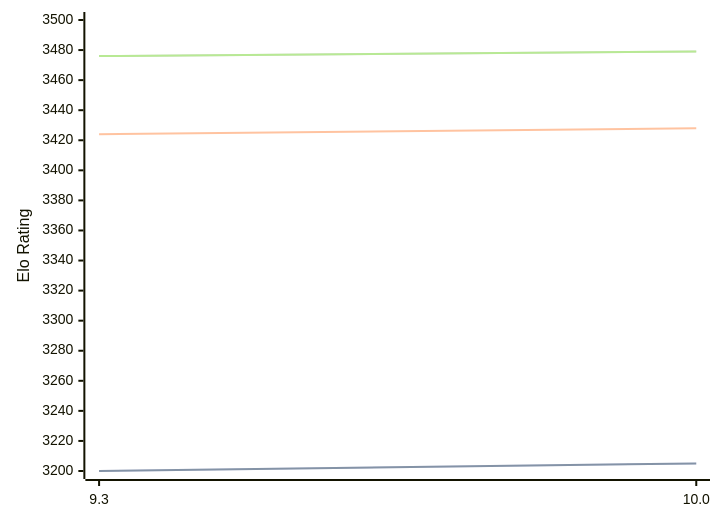
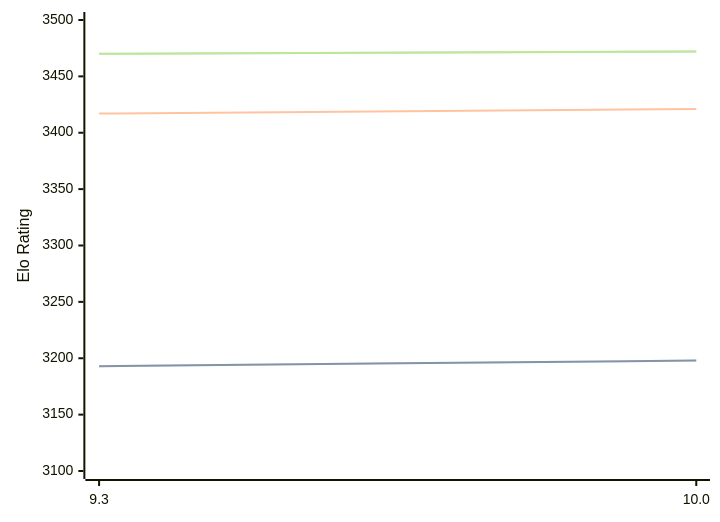
Before and after one commit to computer-chess-index/cci: the diagram in engines/Fire.md, drawn with Mermaid. The commit also changed other lines of this file, not shown here.

Commit message:
Update CCI Ratings (ELO VLTC) - 2026-05-18

````diff
--- a/engines/Fire.md
+++ b/engines/Fire.md
@@ -47,11 +47,11 @@
 ```mermaid
 %%{init: {"theme":"base","themeVariables":{"seriesColors:['#a3a3a3','#222221','#faa371']}}}%%
 xychart-beta
   x-axis ["9.3", "10.0"]
-  y-axis "Elo Rating" 3200 --> 3500
-  line "STC (8.0+0.08s)" [3200, 3205]
-  line "STC (8.0+0.08s)" [3200, 3205]
-  line "LTC (60.0+0.60s)" [3424, 3428]
-  line "VLTC (2m24s+1.12s)" [3476, 3479]
-  line "VLTC (2m24s+1.12s)" [3476, 3479]
+  y-axis "Elo Rating" 3100 --> 3500
+  line "STC (8.0+0.08s)" [3193, 3198]
+  line "STC (8.0+0.08s)" [3193, 3198]
+  line "LTC (60.0+0.60s)" [3417, 3421]
+  line "VLTC (2m24s+1.12s)" [3470, 3472]
+  line "VLTC (2m24s+1.12s)" [3470, 3472]
 ```
````
